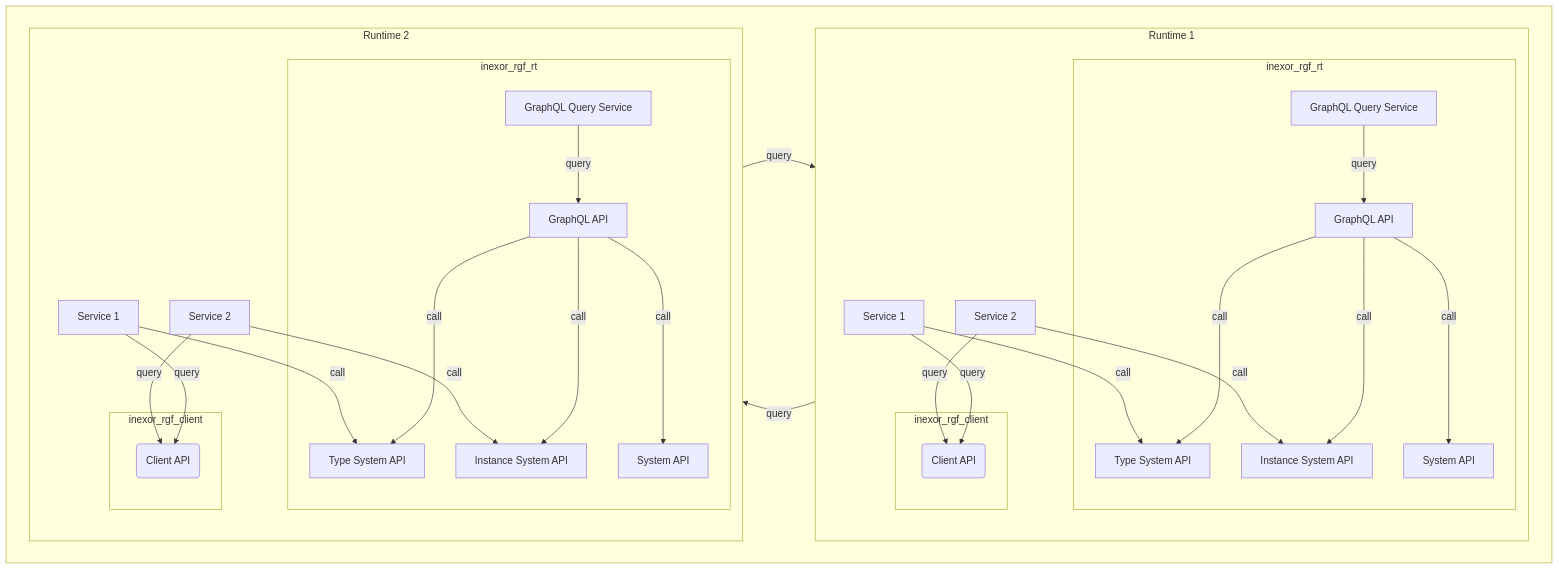
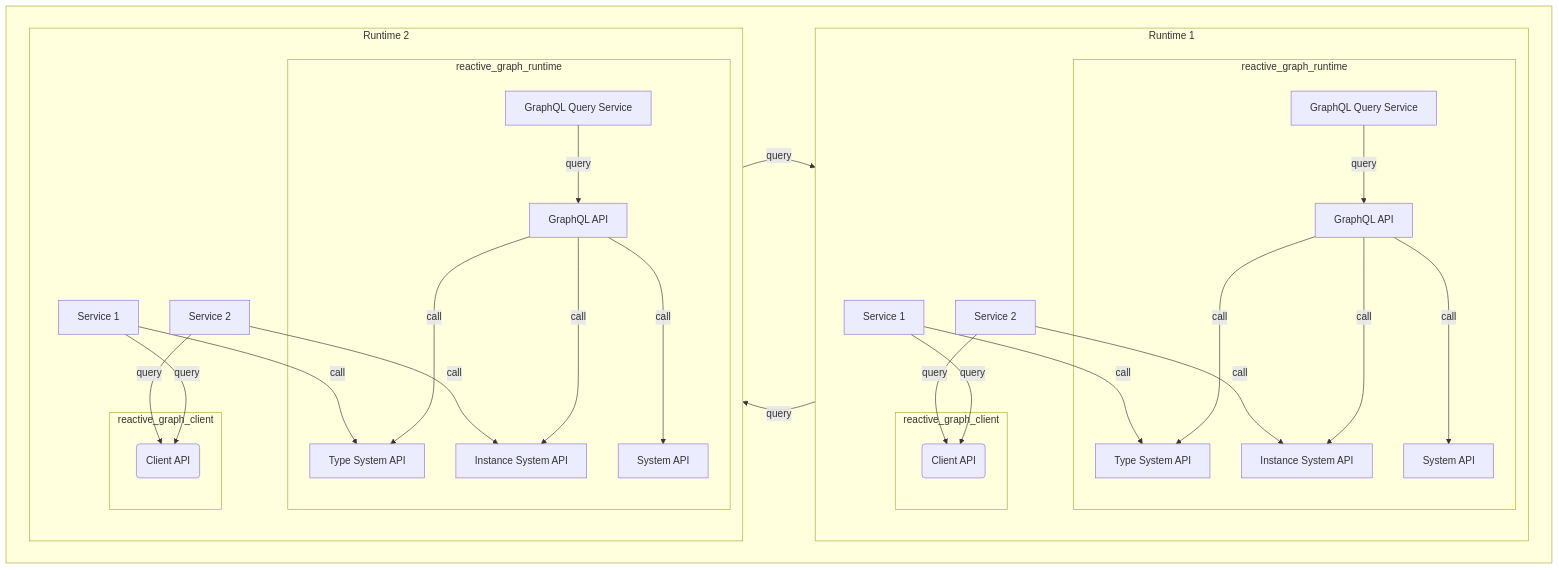
Before and after one commit to reactive-graph/reactive-graph: the third of 5 diagrams in book/src/System_Architecture.md, drawn with Mermaid. The commit also changed other lines of this file, not shown here.

````diff
--- a/book/src/System_Architecture.md
+++ b/book/src/System_Architecture.md
@@ -168,66 +168,66 @@
 ```mermaid
 graph TD
 subgraph RuntimeToRuntime[ ]
   direction LR
 
   subgraph "Runtime 1"
     direction TB
   
     SRV1_1[Service 1]
     SRV1_2[Service 2]
   
-    subgraph "inexor_rgf_rt_1"[inexor_rgf_rt]
+    subgraph "reactive_graph_runtime_1"[reactive_graph_runtime]
       GQS1[GraphQL Query Service]
       GA1[GraphQL API]
       TSA1[Type System API]
       ISA1[Instance System API]
       SYSA1[System API]
     end
     
-    subgraph "inexor_rgf_client_1"[inexor_rgf_client]
+    subgraph "reactive_graph_client_1"[reactive_graph_client]
       CA1(Client API)
     end
 
   end
 
   subgraph "Runtime 2"
     direction TB
     
     SRV2_1[Service 1]
     SRV2_2[Service 2]
   
-    subgraph "inexor_rgf_rt_2"[inexor_rgf_rt]
+    subgraph "reactive_graph_runtime_2"[reactive_graph_runtime]
       GQS2[GraphQL Query Service]
       GA2[GraphQL API]
       TSA2[Type System API]
       ISA2[Instance System API]
       SYSA2[System API]
     end
     
-    subgraph "inexor_rgf_client_2"[inexor_rgf_client]
+    subgraph "reactive_graph_client_2"[reactive_graph_client]
       CA2(Client API)
     end
   end
 
   GQS1 -->|query| GA1
   GA1 --->|call| TSA1
   GA1 --->|call| ISA1
   GA1 --->|call| SYSA1
   CA1 -->|query| GQS2
   SRV1_1 -->|call| TSA1
   SRV1_1 -->|query| CA1
   SRV1_2 -->|call| ISA1
   SRV1_2 -->|query| CA1
 
   GQS2 -->|query| GA2
   GA2 --->|call| TSA2
   GA2 --->|call| ISA2
   GA2 --->|call| SYSA2
   CA2 -->|query| GQS1
   SRV2_1 -->|call| TSA2
   SRV2_1 -->|query| CA2
   SRV2_2 -->|call| ISA2
   SRV2_2 -->|query| CA2
 
 end
 ```
````
